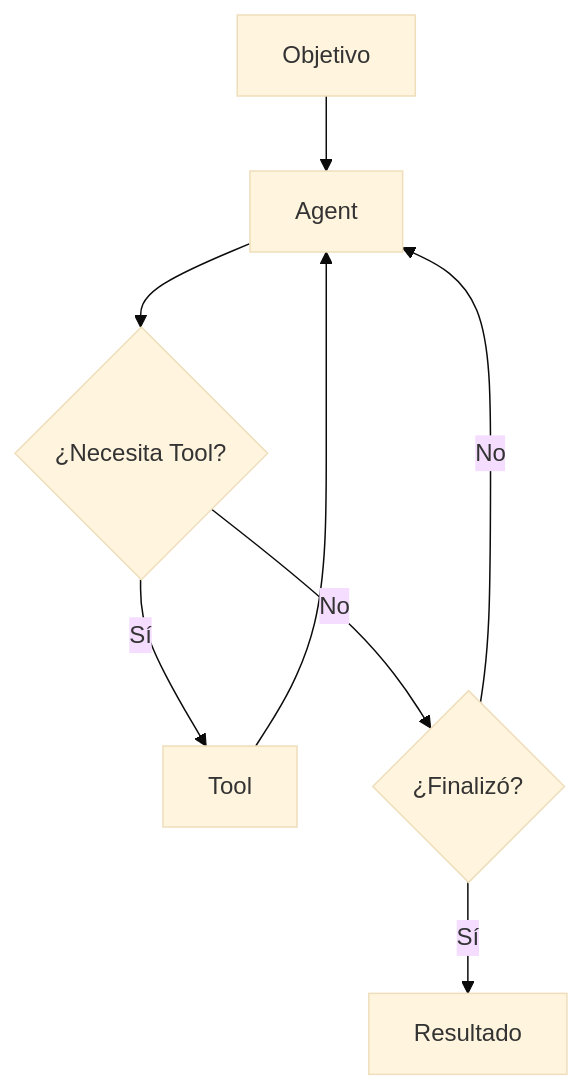
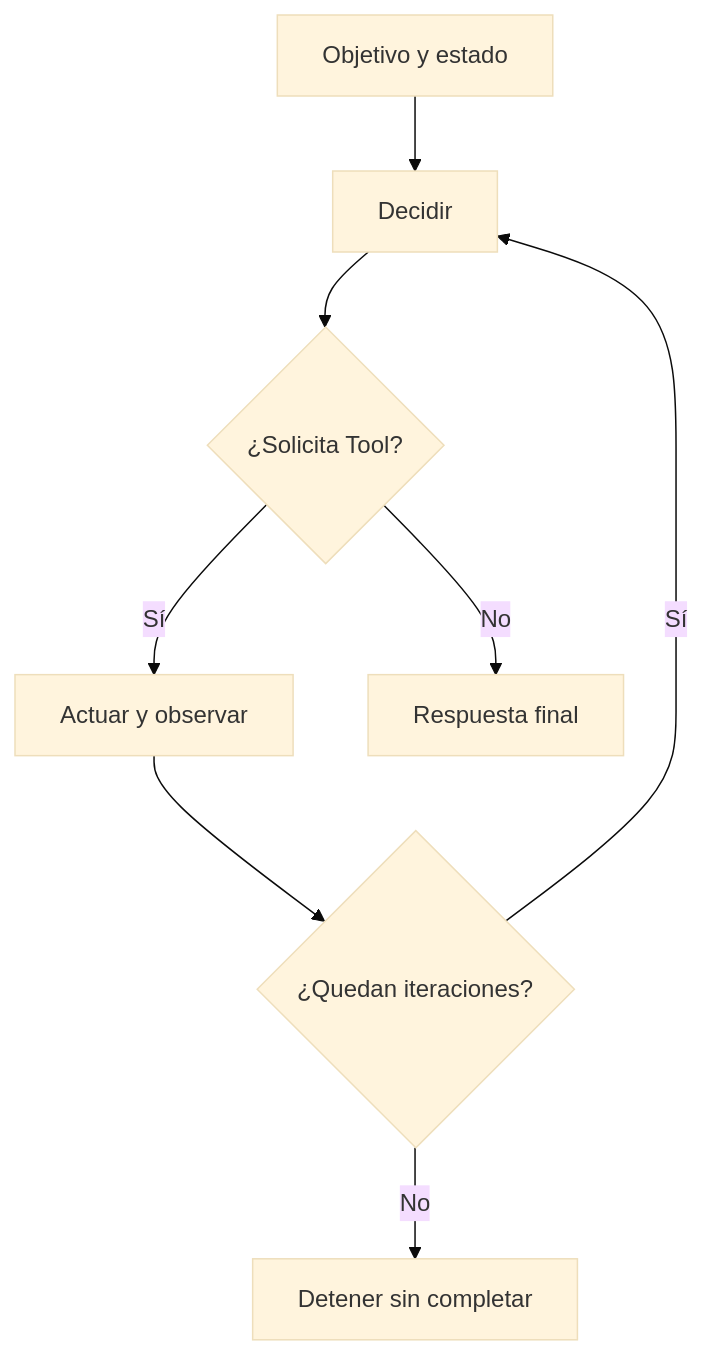
One commit to danielcalvindeveloper/dac-learning-ai-dotnet changed the sixth of 8 diagrams in ROADMAP.md. Above: the diagram before and after it, drawn with Mermaid (base theme). The commit also changed other lines of this file and 18 other files, not shown here.

````diff
--- a/ROADMAP.md
+++ b/ROADMAP.md
@@ -545,10 +545,10 @@
 ```mermaid
 flowchart TD
-    O[Objetivo] --> A[Agent]
-    A --> D{¿Necesita Tool?}
-    D -- Sí --> T[Tool]
-    T --> A
-    D -- No --> F{¿Finalizó?}
-    F -- No --> A
-    F -- Sí --> R[Resultado]
+    O[Objetivo y estado] --> A[Decidir]
+    A --> D{¿Solicita Tool?}
+    D -- Sí --> T[Actuar y observar]
+    T --> L{¿Quedan iteraciones?}
+    L -- Sí --> A
+    L -- No --> X[Detener sin completar]
+    D -- No --> R[Respuesta final]
 ```
````
